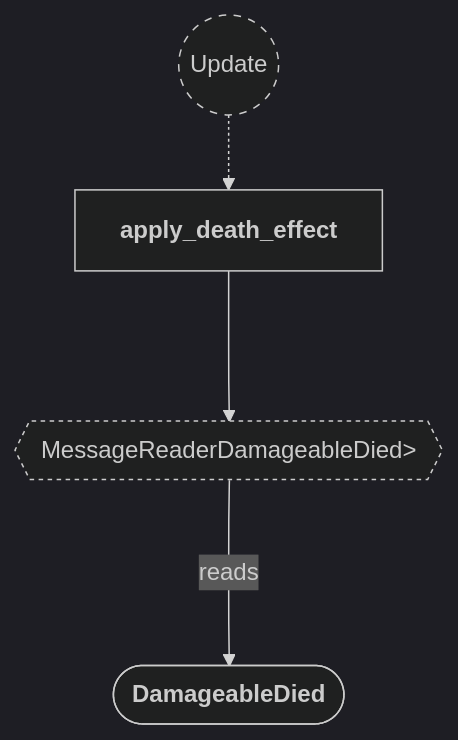
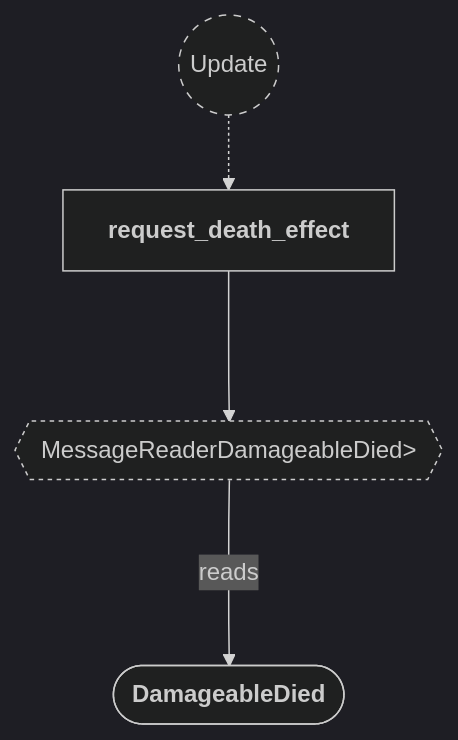
Before and after one commit to neurosoup/tyled: diagram 13 of 22 in backlog/docs/doc-10 - 008-Effects-plugin.md, drawn with Mermaid. The commit also changed other lines of this file and 3 other files, not shown here.

First line of the commit message:
Docs: rewrite doc-11 damage plugin, diagrams in doc-10; rename effect request systems

````diff
--- a/backlog/docs/doc-10 - 008-Effects-plugin.md
+++ b/backlog/docs/doc-10 - 008-Effects-plugin.md
@@ -552,22 +641,22 @@
 ```mermaid
 ---
 config:
   theme: dark
 ---
 
 flowchart TD
 classDef system-group stroke-dasharray: 5 5
 classDef reader stroke-dasharray: 3 3
 
 update(("`Update`")):::system-group
-apply_death_effect["`**apply_death_effect**`"]
+request_death_effect["`**request_death_effect**`"]
 
-update -.-> apply_death_effect
+update -.-> request_death_effect
 
 message_reader{{"MessageReaderDamageableDied#62;"}}:::reader
-apply_death_effect ---> message_reader
+request_death_effect ---> message_reader
 
 damageable_died_message(["`**DamageableDied**`"])
 
 message_reader ---> |reads| damageable_died_message
 ```
````
